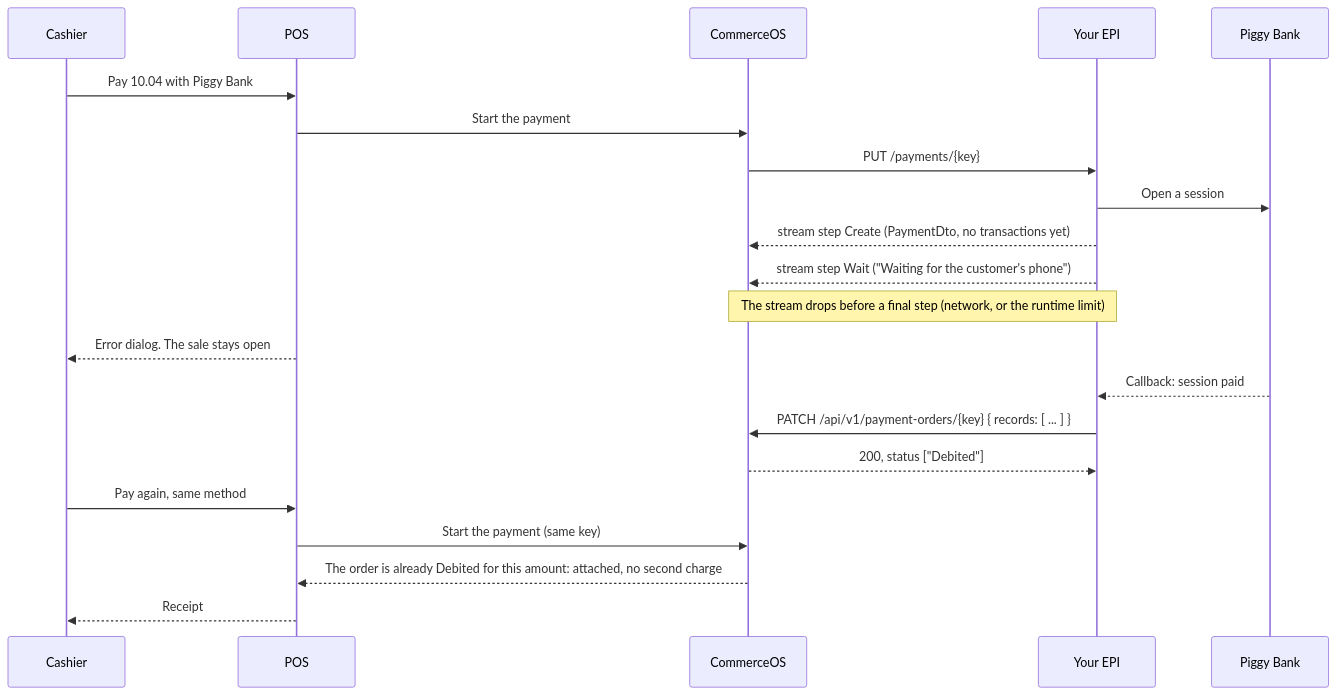
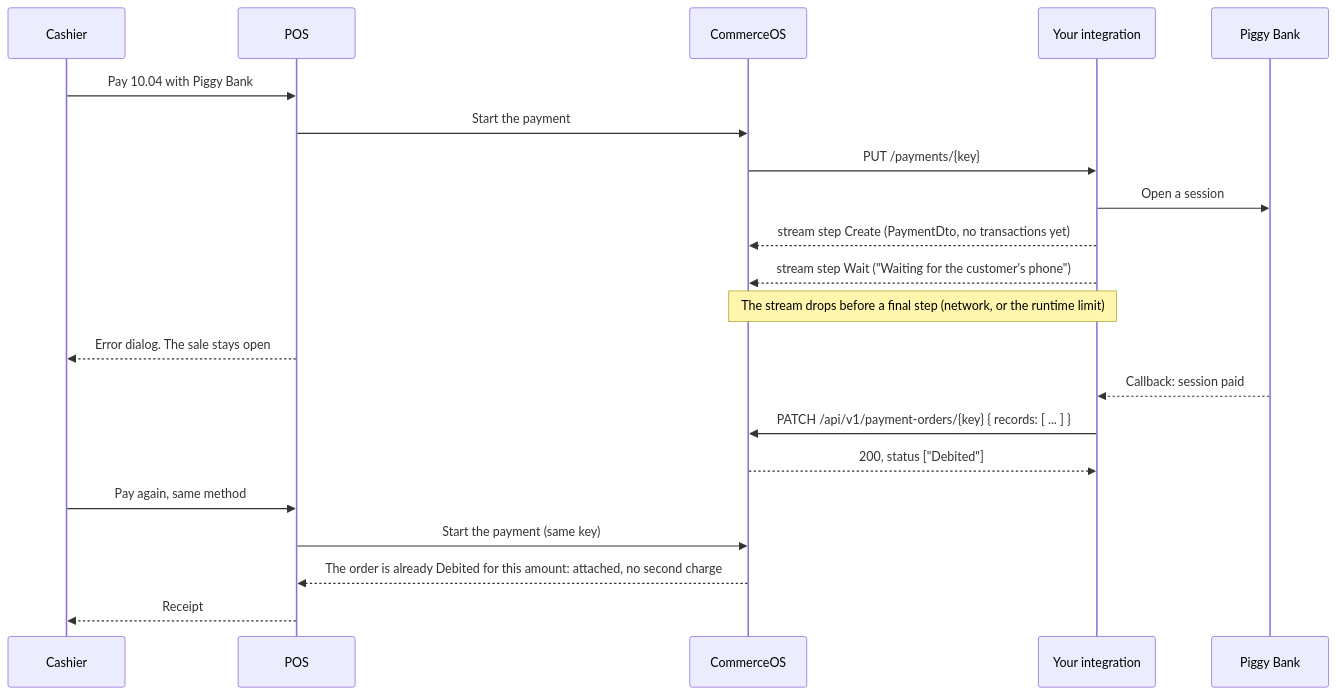
The fourth of 4 diagrams in guide/examples/payment-epi/flows.md (ByHeads/commerceos-api-reference), drawn with Mermaid before and after one commit. The commit also changed other lines of this file and 19 other files, not shown here.

First line of the commit message:
docs(payment-epi): the partner builds an integration, and its credential comes from install

````diff
--- a/guide/examples/payment-epi/flows.md
+++ b/guide/examples/payment-epi/flows.md
@@ -87,23 +87,23 @@
 ```mermaid
 sequenceDiagram
     participant Cashier
     participant POS
     participant CommerceOS
-    participant EPI as Your EPI
+    participant Integration as Your integration
     participant Bank as Piggy Bank
     Cashier->>POS: Pay 10.04 with Piggy Bank
     POS->>CommerceOS: Start the payment
-    CommerceOS->>EPI: PUT /payments/{key}
-    EPI->>Bank: Open a session
-    EPI-->>CommerceOS: stream step Create (PaymentDto, no transactions yet)
-    EPI-->>CommerceOS: stream step Wait ("Waiting for the customer's phone")
-    Note over CommerceOS,EPI: The stream drops before a final step (network, or the runtime limit)
+    CommerceOS->>Integration: PUT /payments/{key}
+    Integration->>Bank: Open a session
+    Integration-->>CommerceOS: stream step Create (PaymentDto, no transactions yet)
+    Integration-->>CommerceOS: stream step Wait ("Waiting for the customer's phone")
+    Note over CommerceOS,Integration: The stream drops before a final step (network, or the runtime limit)
     POS-->>Cashier: Error dialog. The sale stays open
-    Bank-->>EPI: Callback: session paid
-    EPI->>CommerceOS: PATCH /api/v1/payment-orders/{key} { records: [ ... ] }
-    CommerceOS-->>EPI: 200, status ["Debited"]
+    Bank-->>Integration: Callback: session paid
+    Integration->>CommerceOS: PATCH /api/v1/payment-orders/{key} { records: [ ... ] }
+    CommerceOS-->>Integration: 200, status ["Debited"]
     Cashier->>POS: Pay again, same method
     POS->>CommerceOS: Start the payment (same key)
     CommerceOS-->>POS: The order is already Debited for this amount: attached, no second charge
     POS-->>Cashier: Receipt
 ```
````
